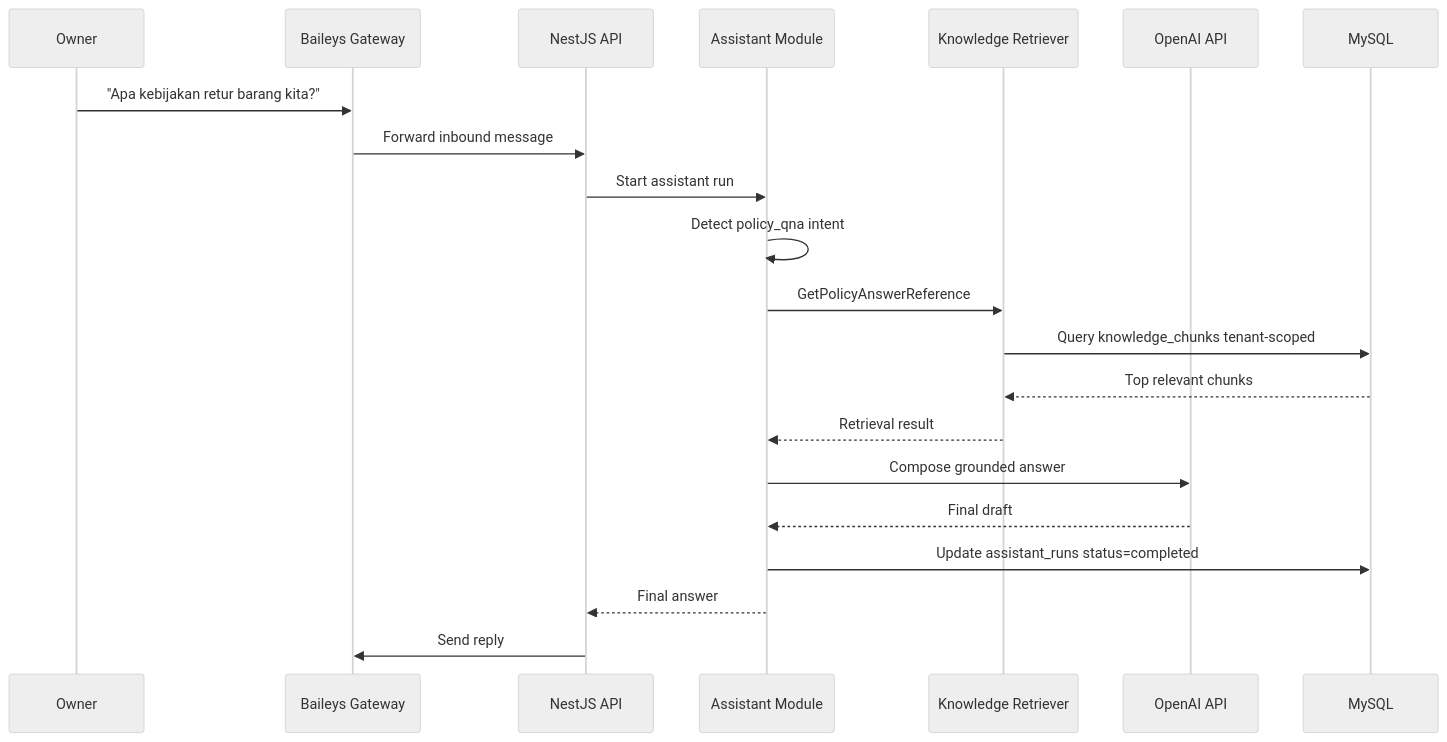
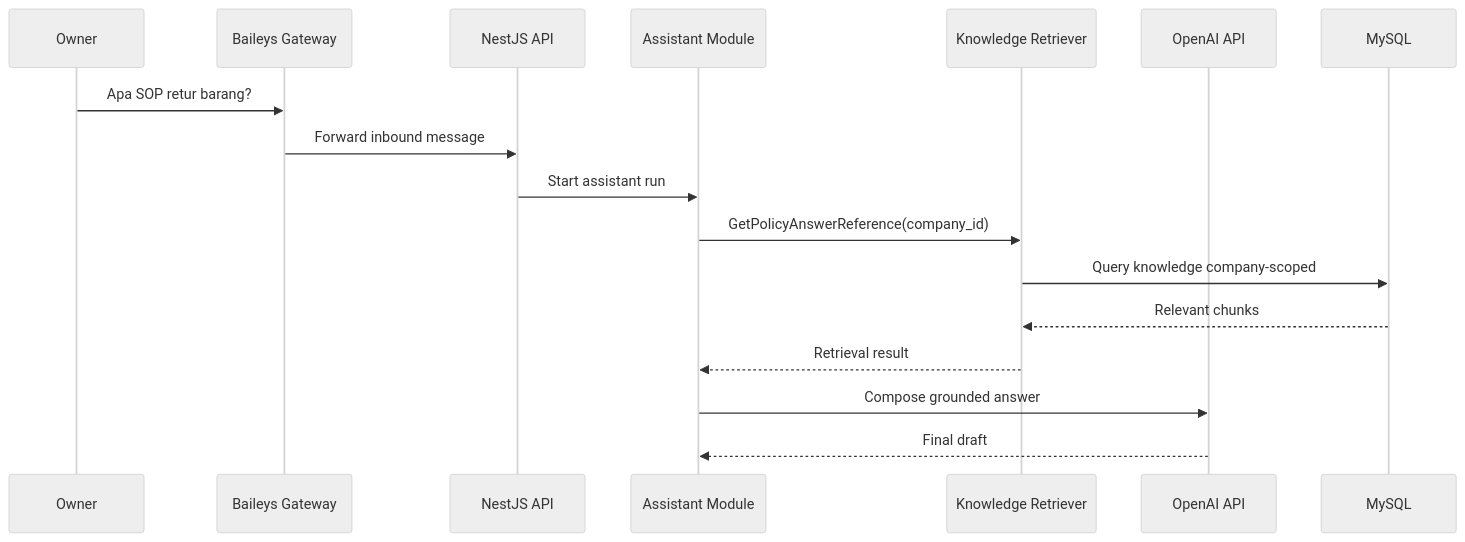
One commit to DimasPrasetio/mini-erp changed the eighth of 11 diagrams in SYSTEM_FLOW.md. Above: the diagram before and after it, drawn with Mermaid (neutral theme). The commit also changed other lines of this file and 10 other files, not shown here.

````diff
--- a/SYSTEM_FLOW.md
+++ b/SYSTEM_FLOW.md
@@ -199,24 +189,20 @@
 ```mermaid
 sequenceDiagram
     participant O as Owner
     participant WA as Baileys Gateway
     participant API as NestJS API
     participant A as Assistant Module
     participant RAG as Knowledge Retriever
     participant LLM as OpenAI API
     participant DB as MySQL
 
-    O->>WA: "Apa kebijakan retur barang kita?"
+    O->>WA: Apa SOP retur barang?
     WA->>API: Forward inbound message
     API->>A: Start assistant run
-    A->>A: Detect policy_qna intent
-    A->>RAG: GetPolicyAnswerReference
-    RAG->>DB: Query knowledge_chunks tenant-scoped
-    DB-->>RAG: Top relevant chunks
+    A->>RAG: GetPolicyAnswerReference(company_id)
+    RAG->>DB: Query knowledge company-scoped
+    DB-->>RAG: Relevant chunks
     RAG-->>A: Retrieval result
     A->>LLM: Compose grounded answer
     LLM-->>A: Final draft
-    A->>DB: Update assistant_runs status=completed
-    A-->>API: Final answer
-    API->>WA: Send reply
 ```
````
